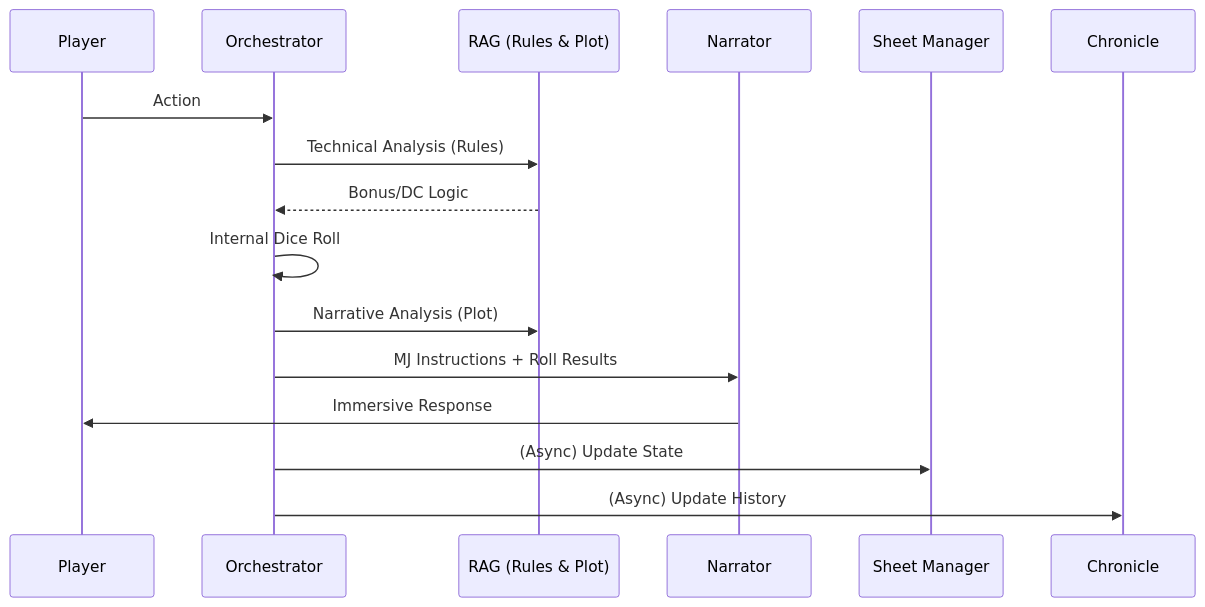
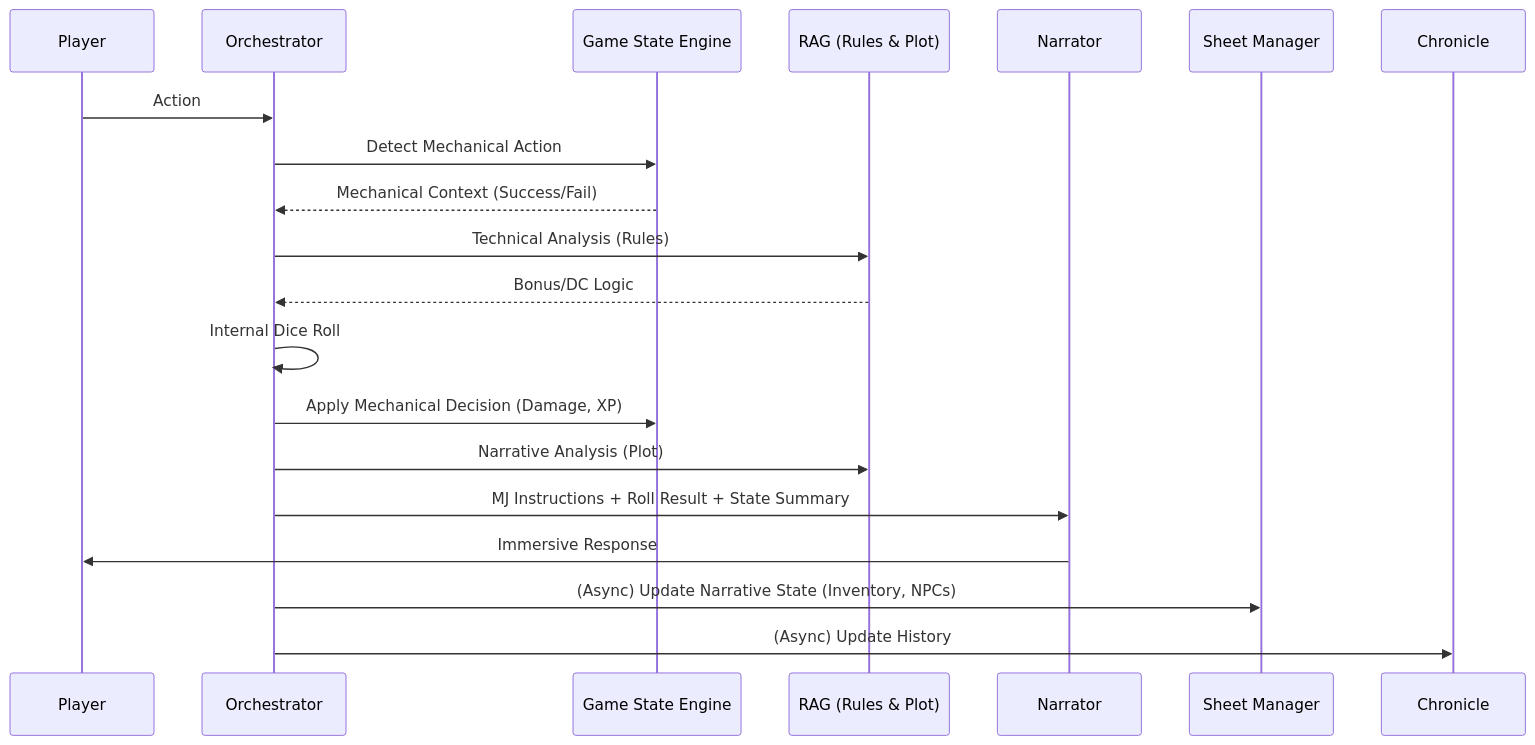
Before and after one commit to Papoulos/Oracle: the third of 3 diagrams in README.md, drawn with Mermaid. The commit also changed other lines of this file, not shown here.

First line of the commit message:
feat: implement GameStateEngine for deterministic RPG mechanics and update documentation

````diff
--- a/README.md
+++ b/README.md
@@ -82,19 +89,23 @@
 ```mermaid
 sequenceDiagram
     participant Player
     participant Orch as Orchestrator
+    participant GSE as Game State Engine
     participant RAG as RAG (Rules & Plot)
     participant Narr as Narrator
     participant SM as Sheet Manager
     participant Chron as Chronicle
 
     Player->>Orch: Action
+    Orch->>GSE: Detect Mechanical Action
+    GSE-->>Orch: Mechanical Context (Success/Fail)
     Orch->>RAG: Technical Analysis (Rules)
     RAG-->>Orch: Bonus/DC Logic
     Orch->>Orch: Internal Dice Roll
+    Orch->>GSE: Apply Mechanical Decision (Damage, XP)
     Orch->>RAG: Narrative Analysis (Plot)
-    Orch->>Narr: MJ Instructions + Roll Results
+    Orch->>Narr: MJ Instructions + Roll Result + State Summary
     Narr->>Player: Immersive Response
-    Orch->>SM: (Async) Update State
+    Orch->>SM: (Async) Update Narrative State (Inventory, NPCs)
     Orch->>Chron: (Async) Update History
 ```
````
